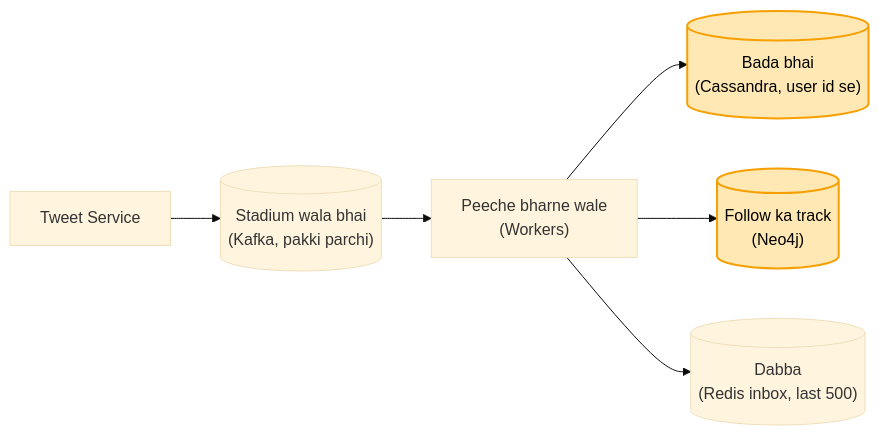
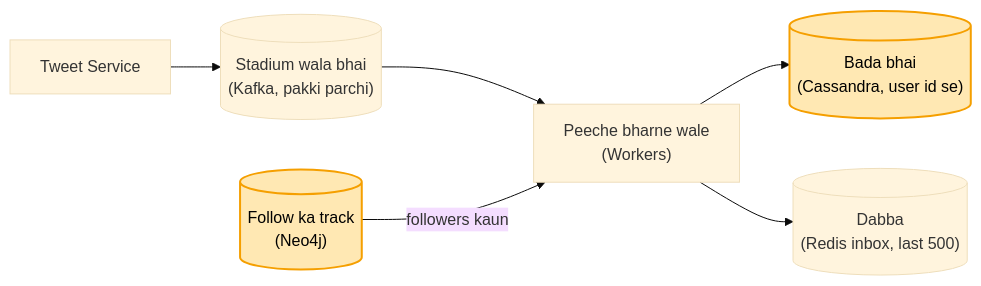
The second of 3 diagrams in 04_HLD/SYSTEM_DESIGNS/03_twitter_feed/03_twitter_feed.md (ArpanMaheshwari144/Prep), drawn with Mermaid (base theme) before and after one commit. The commit also changed other lines of this file and 18 other files, not shown here.

````diff
--- a/04_HLD/SYSTEM_DESIGNS/03_twitter_feed/03_twitter_feed.md
+++ b/04_HLD/SYSTEM_DESIGNS/03_twitter_feed/03_twitter_feed.md
@@ -114,10 +114,10 @@
 ```mermaid
 flowchart LR
     TS["Tweet Service"] --> K[("Stadium wala bhai<br/>(Kafka, pakki parchi)")]
     K --> FW["Peeche bharne wale<br/>(Workers)"]
     FW --> C[("Bada bhai<br/>(Cassandra, user id se)")]
-    FW --> G[("Follow ka track<br/>(Neo4j)")]
+    G[("Follow ka track<br/>(Neo4j)")] -- "followers kaun" --> FW
     FW --> IN[("Dabba<br/>(Redis inbox, last 500)")]
     style C fill:#ffe8b3,stroke:#f59f00,stroke-width:2px,color:#000
     style G fill:#ffe8b3,stroke:#f59f00,stroke-width:2px,color:#000
 ```
````
